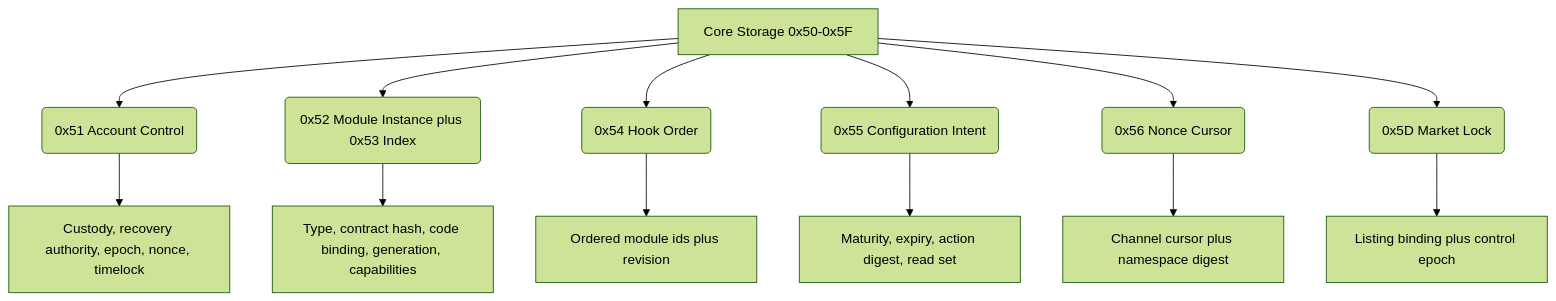
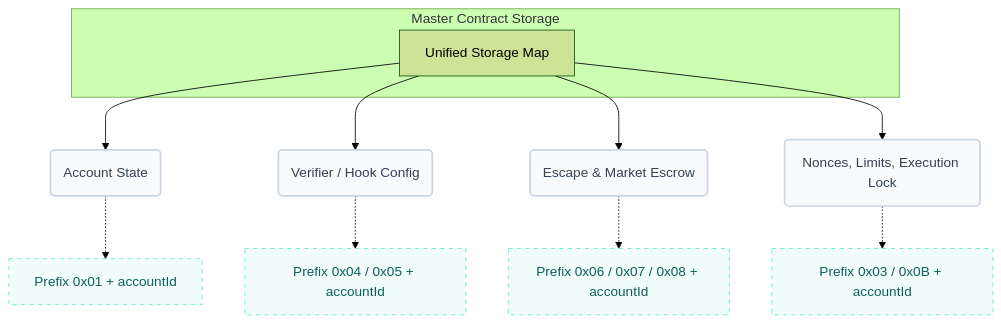
Before and after one commit to r3e-network/neo-os-aa: the third of 5 diagrams in frontend/src/assets/docs/data-flow.md, drawn with Mermaid (forest theme). The commit also changed other lines of this file and 148 other files, not shown here.

````diff
--- a/frontend/src/assets/docs/data-flow.md
+++ b/frontend/src/assets/docs/data-flow.md
@@ -67,16 +95,22 @@
 ```mermaid
 flowchart TD
-    A[Core Storage 0x50-0x5F] --> B(0x51 Account Control)
-    A --> C(0x52 Module Instance plus 0x53 Index)
-    A --> D(0x54 Hook Order)
-    A --> E(0x55 Configuration Intent)
-    A --> F(0x56 Nonce Cursor)
-    A --> G(0x5D Market Lock)
+    subgraph Storage [Master Contract Storage]
+      A[Unified Storage Map]
+    end
 
-    B --> B1[Custody, recovery authority, epoch, nonce, timelock]
-    C --> C1[Type, contract hash, code binding, generation, capabilities]
-    D --> D1[Ordered module ids plus revision]
-    E --> E1[Maturity, expiry, action digest, read set]
-    F --> F1[Channel cursor plus namespace digest]
-    G --> G1[Listing binding plus control epoch]
+    A --> B(Account State)
+    A --> C(Verifier / Hook Config)
+    A --> D(Escape & Market Escrow)
+    A --> E(Nonces, Limits, Execution Lock)
+
+    B -.-> B1[Prefix 0x01 + accountId]
+    C -.-> C1[Prefix 0x04 / 0x05 + accountId]
+    D -.-> D1[Prefix 0x06 / 0x07 / 0x08 + accountId]
+    E -.-> E1[Prefix 0x03 / 0x0B + accountId]
+
+    classDef map fill:#f8fafc,stroke:#cbd5e1,stroke-width:2px,color:#334155
+    classDef prefix fill:#f0fdfa,stroke:#5eead4,stroke-width:1px,stroke-dasharray: 5 5,color:#115e59
+
+    class B,C,D,E map
+    class B1,C1,D1,E1 prefix
 ```
````
